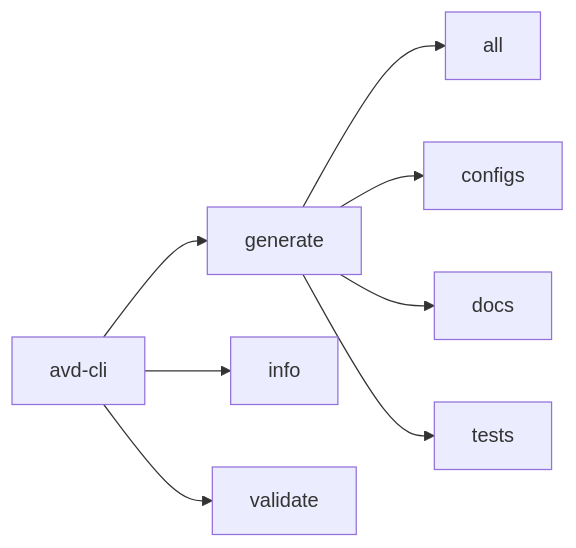
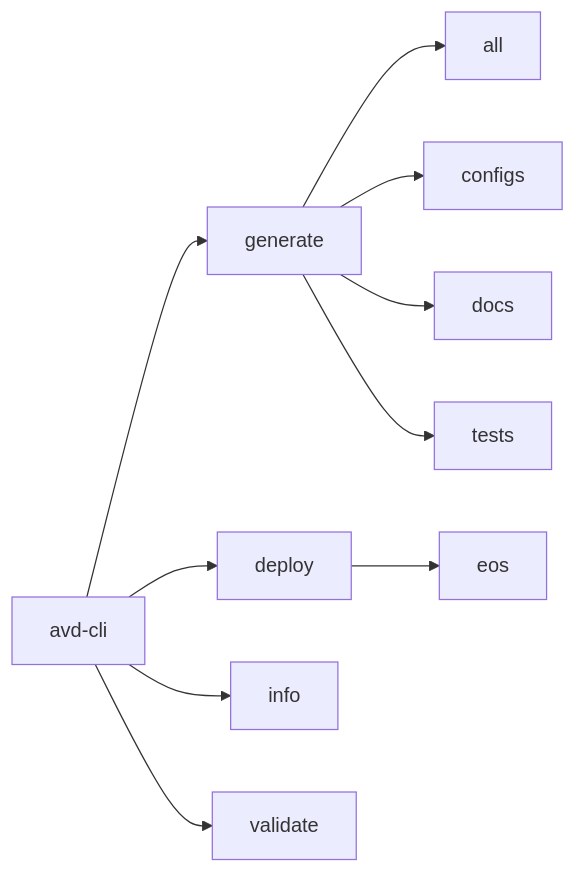
The diagram in docs/user-guide/commands/overview.md (titom73/avd-cli), drawn with Mermaid before and after one commit. The commit also changed other lines of this file and 36 other files, not shown here.

First line of the commit message:
feat: Implement an EOS deploy engine using eAPI (#8)

````diff
--- a/docs/user-guide/commands/overview.md
+++ b/docs/user-guide/commands/overview.md
@@ -19,10 +20,12 @@
 ```mermaid
 graph LR
     A[avd-cli] --> B[generate]
-    A --> C[info]
-    A --> D[validate]
-    B --> E[all]
-    B --> F[configs]
-    B --> G[docs]
-    B --> H[tests]
+    A --> C[deploy]
+    A --> D[info]
+    A --> E[validate]
+    B --> F[all]
+    B --> G[configs]
+    B --> H[docs]
+    B --> I[tests]
+    C --> J[eos]
 ```
````
